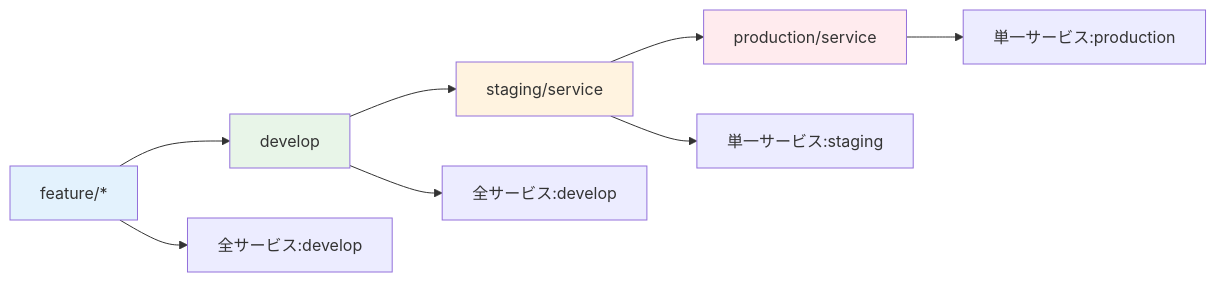
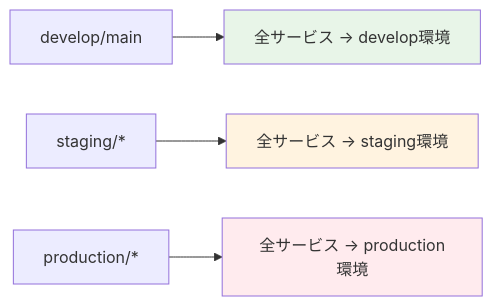
The second of 3 diagrams in .github/scripts/README.md (panicboat/monorepo), drawn with Mermaid before and after one commit. The commit also changed other lines of this file and 5 other files, not shown here.

````diff
--- a/.github/scripts/README.md
+++ b/.github/scripts/README.md
@@ -39,16 +40,10 @@
 ```mermaid
 graph LR
-    A[feature/*] --> B[develop]
-    B --> C[staging/service]
-    C --> D[production/service]
+    A[develop/main] --> B[全サービス → develop環境]
+    C[staging/*] --> D[全サービス → staging環境]
+    E[production/*] --> F[全サービス → production環境]
 
-    A --> E[全サービス:develop]
-    B --> F[全サービス:develop]
-    C --> G[単一サービス:staging]
-    D --> H[単一サービス:production]
-
-    style A fill:#e3f2fd
     style B fill:#e8f5e8
-    style C fill:#fff3e0
-    style D fill:#ffebee
+    style D fill:#fff3e0
+    style F fill:#ffebee
 ```
````
